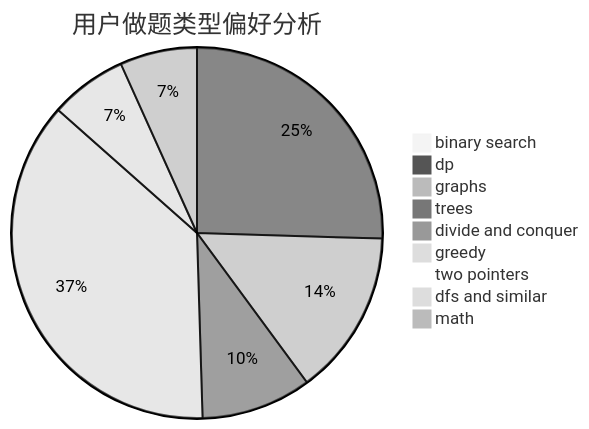
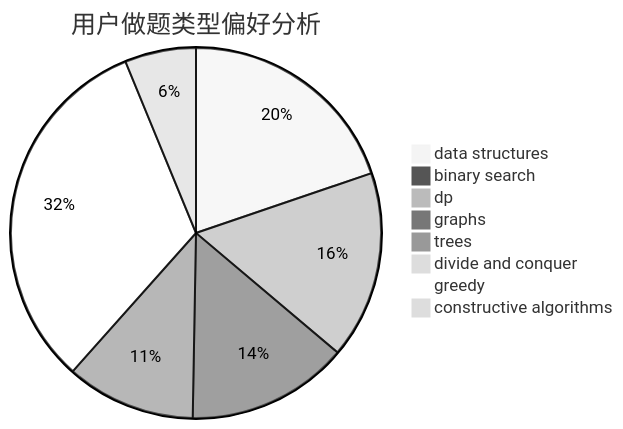
One commit to sherpahu/cfrs.github.io changed the second of 3 diagrams in docs/user/u1186.md. Above: the diagram before and after it, drawn with Mermaid (neutral theme). The commit also changed other lines of this file and 2775 other files, not shown here.

````diff
--- a/docs/user/u1186.md
+++ b/docs/user/u1186.md
@@ -23,12 +23,11 @@
 ```mermaid
 pie title 用户做题类型偏好分析
+    "data structures" :  35
     "binary search" :  0
-    "dp" :  53
-    "graphs" :  30
+    "dp" :  29
+    "graphs" :  25
     "trees" :  20
     "divide and conquer" :  1
-    "greedy" :  77
-    "two pointers" :  0
-    "dfs and similar" :  14
-    "math" :  14
+    "greedy" :  57
+    "constructive algorithms" :  11
 ```
````
